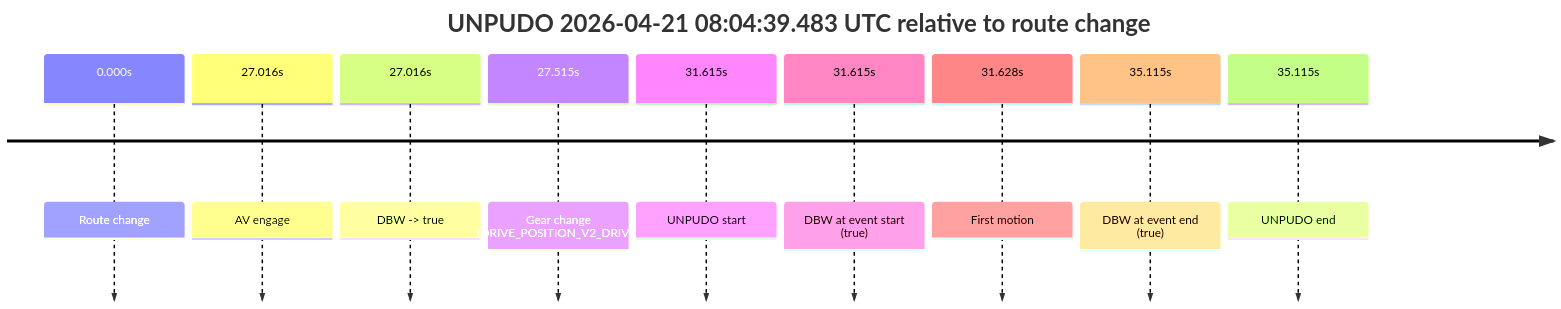
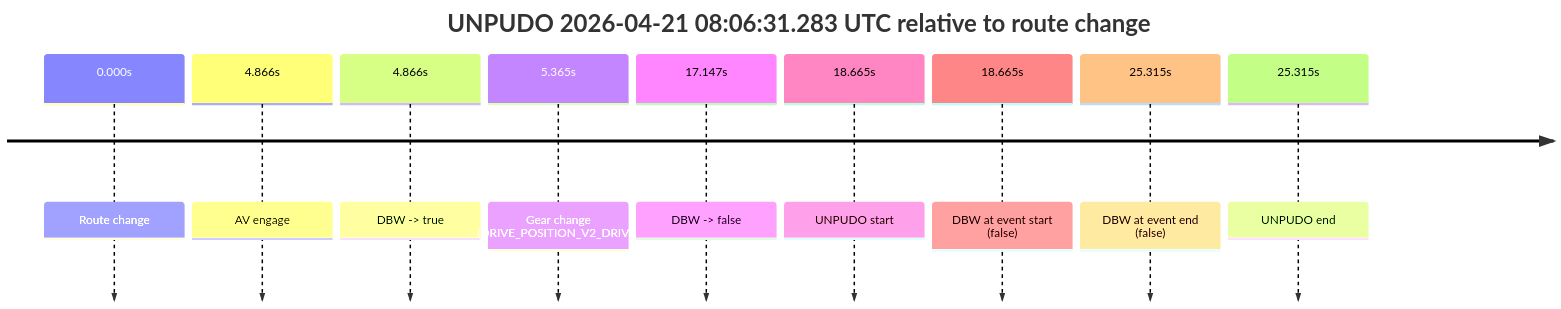
The diagram in model_analysis/report_cards/2026/04/Week-4/fme20030--2026-04-21--07-53-27--gen2-av-fd3582e1-4118-4df4-b3a2-9f9db0773e25.md (yoelshapiro/vault), drawn with Mermaid before and after one commit. The commit also changed other lines of this file and 53 other files, not shown here.

````diff
--- a/model_analysis/report_cards/2026/04/Week-4/fme20030--2026-04-21--07-53-27--gen2-av-fd3582e1-4118-4df4-b3a2-9f9db0773e25.md
+++ b/model_analysis/report_cards/2026/04/Week-4/fme20030--2026-04-21--07-53-27--gen2-av-fd3582e1-4118-4df4-b3a2-9f9db0773e25.md
@@ -240,13 +42,13 @@
 ```mermaid
 timeline
-    title UNPUDO 2026-04-21 08:04:39.483 UTC relative to route change
+    title UNPUDO 2026-04-21 08:06:31.283 UTC relative to route change
     0.000s : Route change
-    27.016s : AV engage
-    27.016s : DBW -> true
-    27.515s : Gear change (DRIVE_POSITION_V2_DRIVE)
-    31.615s : UNPUDO start
-    31.615s : DBW at event start (true)
-    31.628s : First motion
-    35.115s : DBW at event end (true)
-    35.115s : UNPUDO end
+    4.866s : AV engage
+    4.866s : DBW -> true
+    5.365s : Gear change (DRIVE_POSITION_V2_DRIVE)
+    17.147s : DBW -> false
+    18.665s : UNPUDO start
+    18.665s : DBW at event start (false)
+    25.315s : DBW at event end (false)
+    25.315s : UNPUDO end
 ```
````
